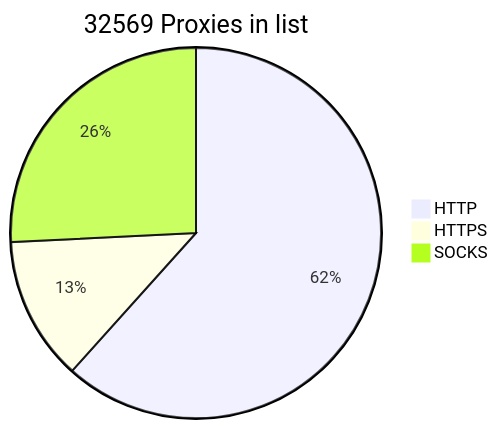
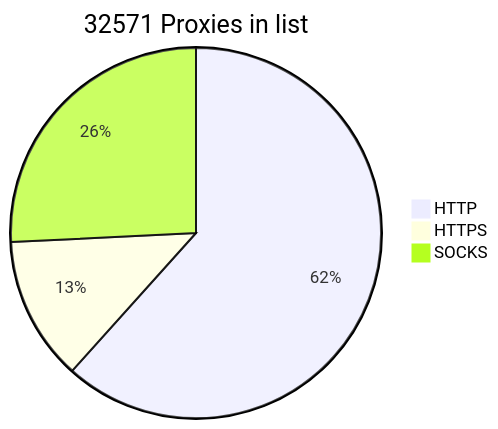
The diagram in README.md (BlackSnowDot/proxylist-update-every-minute), drawn with Mermaid before and after one commit.

````diff
--- a/README.md
+++ b/README.md
@@ -2,6 +2,6 @@
 ```mermaid
-pie title 32569 Proxies in list
-    "HTTP" : 22163
-    "HTTPS": 4517
+pie title 32571 Proxies in list
+    "HTTP" : 22165
+    "HTTPS": 4519
     "SOCKS" : 9269
 ```
````
